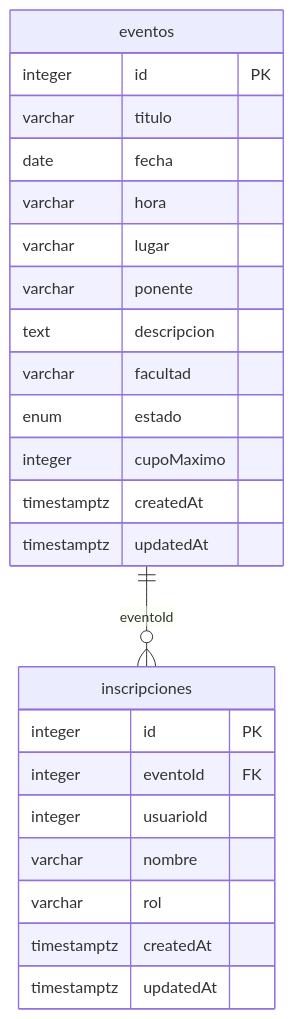
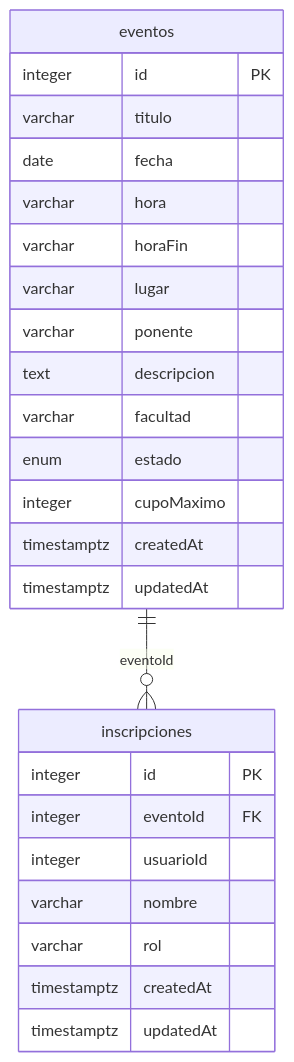
One commit to Carh-rgb/uajs-smart-campus changed the fifth of 6 diagrams in database/MODELO-DATOS.md. Above: the diagram before and after it, drawn with Mermaid. The commit also changed other lines of this file and 10 other files, not shown here.

````diff
--- a/database/MODELO-DATOS.md
+++ b/database/MODELO-DATOS.md
@@ -435,27 +437,28 @@
 ```mermaid
 erDiagram
   eventos ||--o{ inscripciones : "eventoId"
   eventos {
     integer id PK
     varchar titulo
     date fecha
     varchar hora
+    varchar horaFin
     varchar lugar
     varchar ponente
     text descripcion
     varchar facultad
     enum estado
     integer cupoMaximo
     timestamptz createdAt
     timestamptz updatedAt
   }
   inscripciones {
     integer id PK
     integer eventoId FK
     integer usuarioId
     varchar nombre
     varchar rol
     timestamptz createdAt
     timestamptz updatedAt
   }
 ```
````
